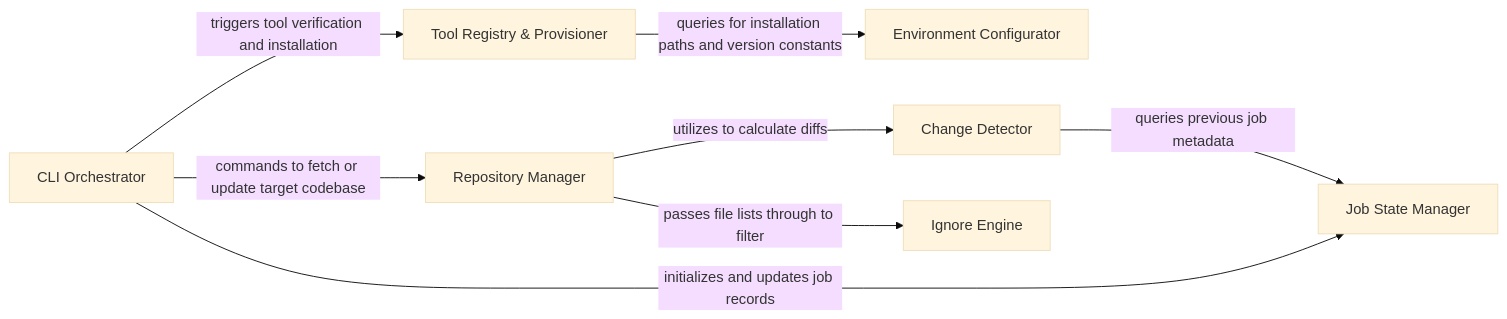
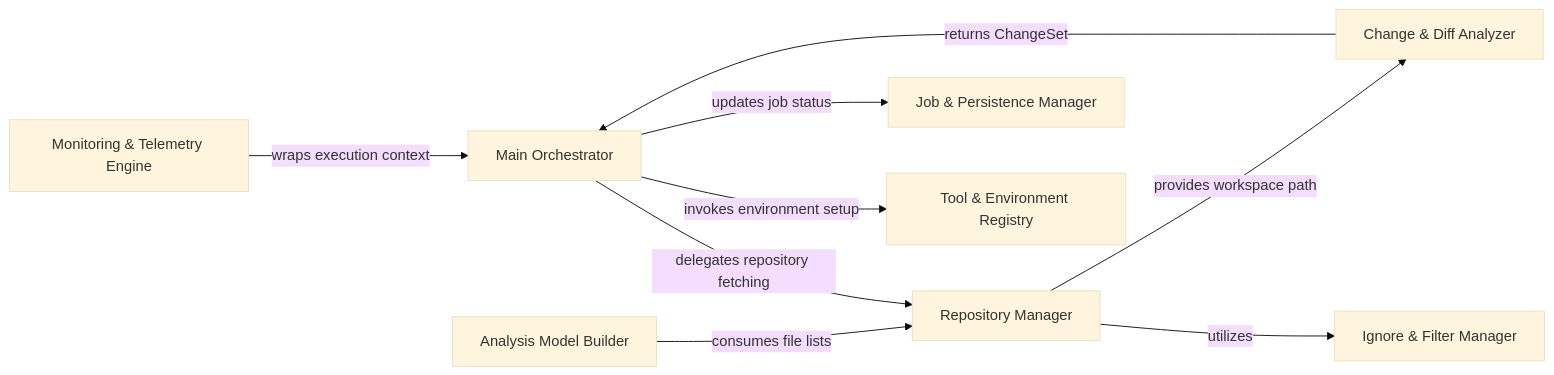
Before and after one commit to CodeBoarding/CodeBoarding: the diagram in .codeboarding/Application_Orchestrator_Repository_Manager.md, drawn with Mermaid (base theme). The commit also changed other lines of this file and 11 other files, not shown here.

````diff
--- a/.codeboarding/Application_Orchestrator_Repository_Manager.md
+++ b/.codeboarding/Application_Orchestrator_Repository_Manager.md
@@ -1,17 +1,19 @@
 ```mermaid
 graph LR
-    CLI_Orchestrator["CLI Orchestrator"]
+    Main_Orchestrator["Main Orchestrator"]
     Repository_Manager["Repository Manager"]
-    Change_Detector["Change Detector"]
-    Tool_Registry_Provisioner["Tool Registry & Provisioner"]
-    Job_State_Manager["Job State Manager"]
-    Ignore_Engine["Ignore Engine"]
-    Environment_Configurator["Environment Configurator"]
-    CLI_Orchestrator -- "triggers tool verification and installation" --> Tool_Registry_Provisioner
-    CLI_Orchestrator -- "commands to fetch or update target codebase" --> Repository_Manager
-    CLI_Orchestrator -- "initializes and updates job records" --> Job_State_Manager
-    Repository_Manager -- "utilizes to calculate diffs" --> Change_Detector
-    Repository_Manager -- "passes file lists through to filter" --> Ignore_Engine
-    Tool_Registry_Provisioner -- "queries for installation paths and version constants" --> Environment_Configurator
-    Change_Detector -- "queries previous job metadata" --> Job_State_Manager
+    Change_Diff_Analyzer["Change & Diff Analyzer"]
+    Tool_Environment_Registry["Tool & Environment Registry"]
+    Analysis_Model_Builder["Analysis Model Builder"]
+    Job_Persistence_Manager["Job & Persistence Manager"]
+    Monitoring_Telemetry_Engine["Monitoring & Telemetry Engine"]
+    Ignore_Filter_Manager["Ignore & Filter Manager"]
+    Main_Orchestrator -- "delegates repository fetching" --> Repository_Manager
+    Main_Orchestrator -- "invokes environment setup" --> Tool_Environment_Registry
+    Main_Orchestrator -- "updates job status" --> Job_Persistence_Manager
+    Repository_Manager -- "utilizes" --> Ignore_Filter_Manager
+    Repository_Manager -- "provides workspace path" --> Change_Diff_Analyzer
+    Change_Diff_Analyzer -- "returns ChangeSet" --> Main_Orchestrator
+    Analysis_Model_Builder -- "consumes file lists" --> Repository_Manager
+    Monitoring_Telemetry_Engine -- "wraps execution context" --> Main_Orchestrator
 ```
````
